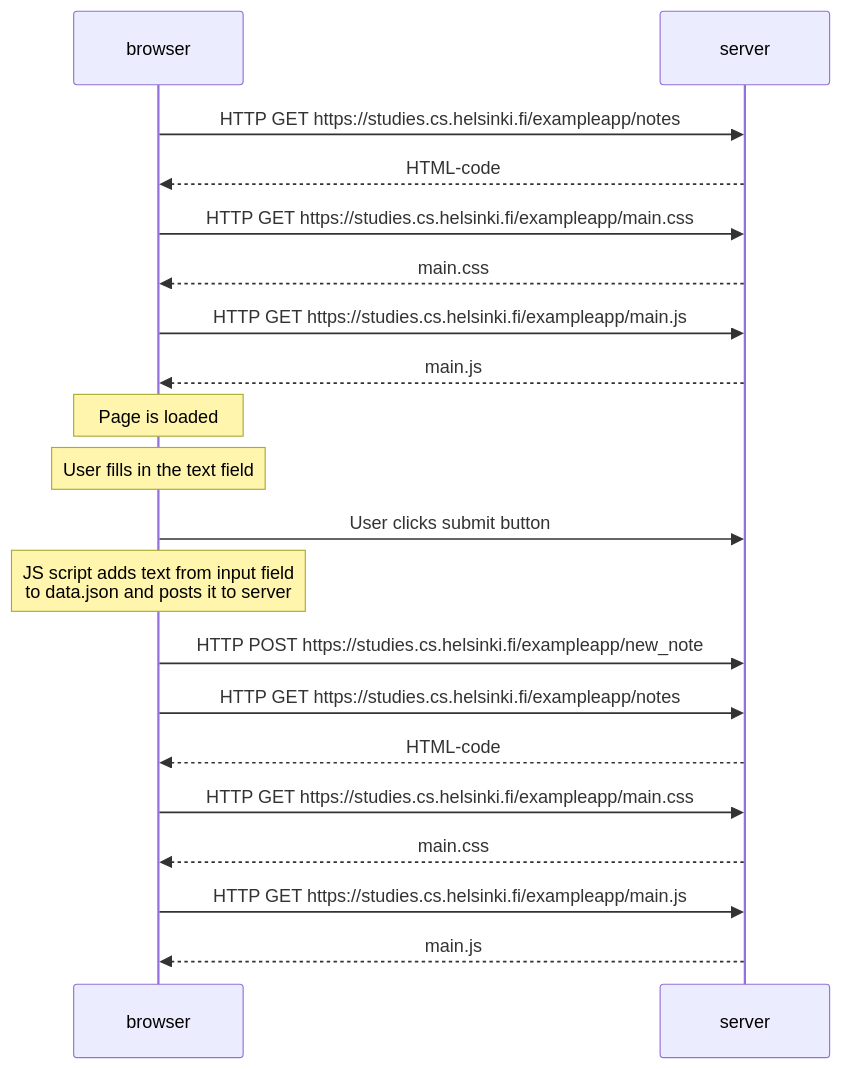
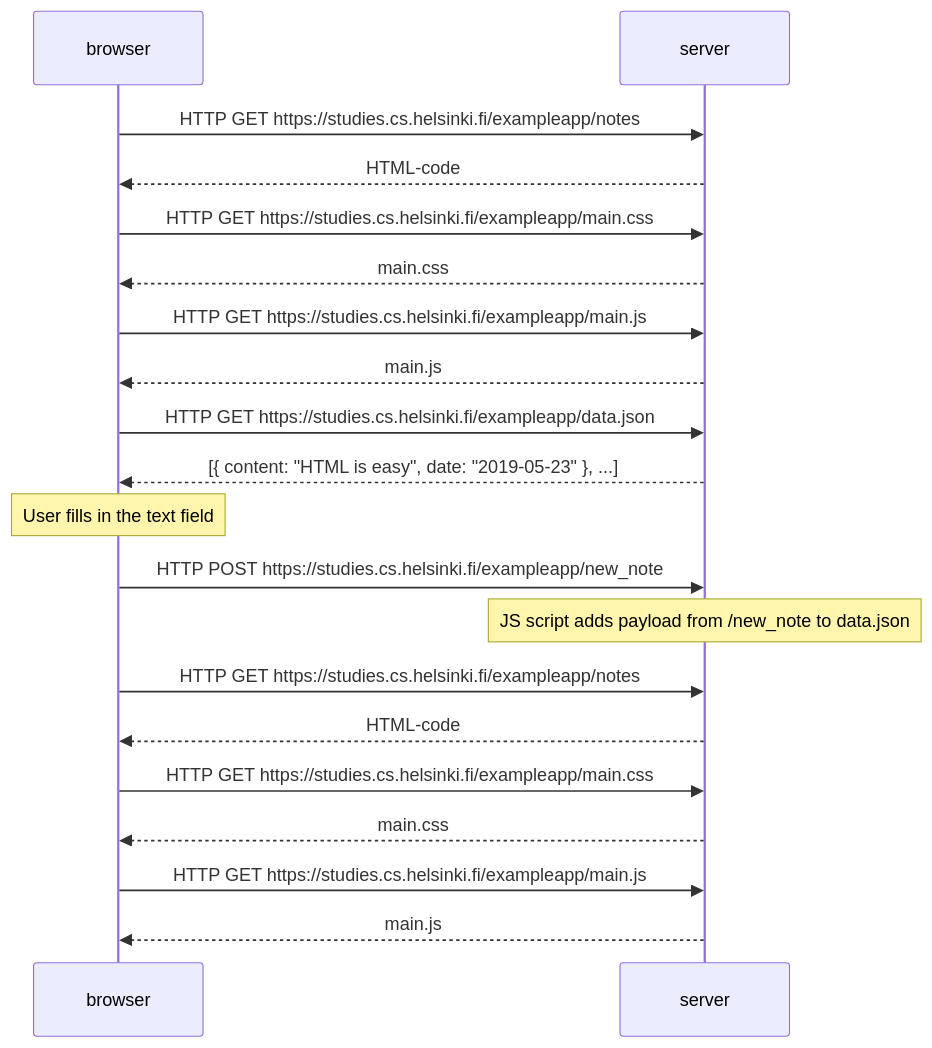
Before and after one commit to simon-archer/fullstack: the diagram in part0/0.4: New note diagram.md, drawn with Mermaid.

Commit message:
Update 0.4: New note diagram.md

````diff
--- a/part0/0.4: New note diagram.md
+++ b/part0/0.4: New note diagram.md
@@ -5,22 +5,22 @@
 ```mermaid
 sequenceDiagram
     participant browser
     participant server
     browser->>server: HTTP GET https://studies.cs.helsinki.fi/exampleapp/notes
     server-->>browser: HTML-code
     browser->>server: HTTP GET https://studies.cs.helsinki.fi/exampleapp/main.css
     server-->>browser: main.css
     browser->>server: HTTP GET https://studies.cs.helsinki.fi/exampleapp/main.js
     server-->>browser: main.js
-    Note over browser: Page is loaded
+    browser->>server: HTTP GET https://studies.cs.helsinki.fi/exampleapp/data.json
+    server-->>browser: [{ content: "HTML is easy", date: "2019-05-23" }, ...]
     Note over browser: User fills in the text field
-    browser->>server: User clicks submit button
-    Note over browser: JS script adds text from input field <br> to data.json and posts it to server
     browser->>server: HTTP POST https://studies.cs.helsinki.fi/exampleapp/new_note
+    Note over server: JS script adds payload from /new_note to data.json
     browser->>server: HTTP GET https://studies.cs.helsinki.fi/exampleapp/notes
     server-->>browser: HTML-code
     browser->>server: HTTP GET https://studies.cs.helsinki.fi/exampleapp/main.css
     server-->>browser: main.css
     browser->>server: HTTP GET https://studies.cs.helsinki.fi/exampleapp/main.js
     server-->>browser: main.js
 ```
````
